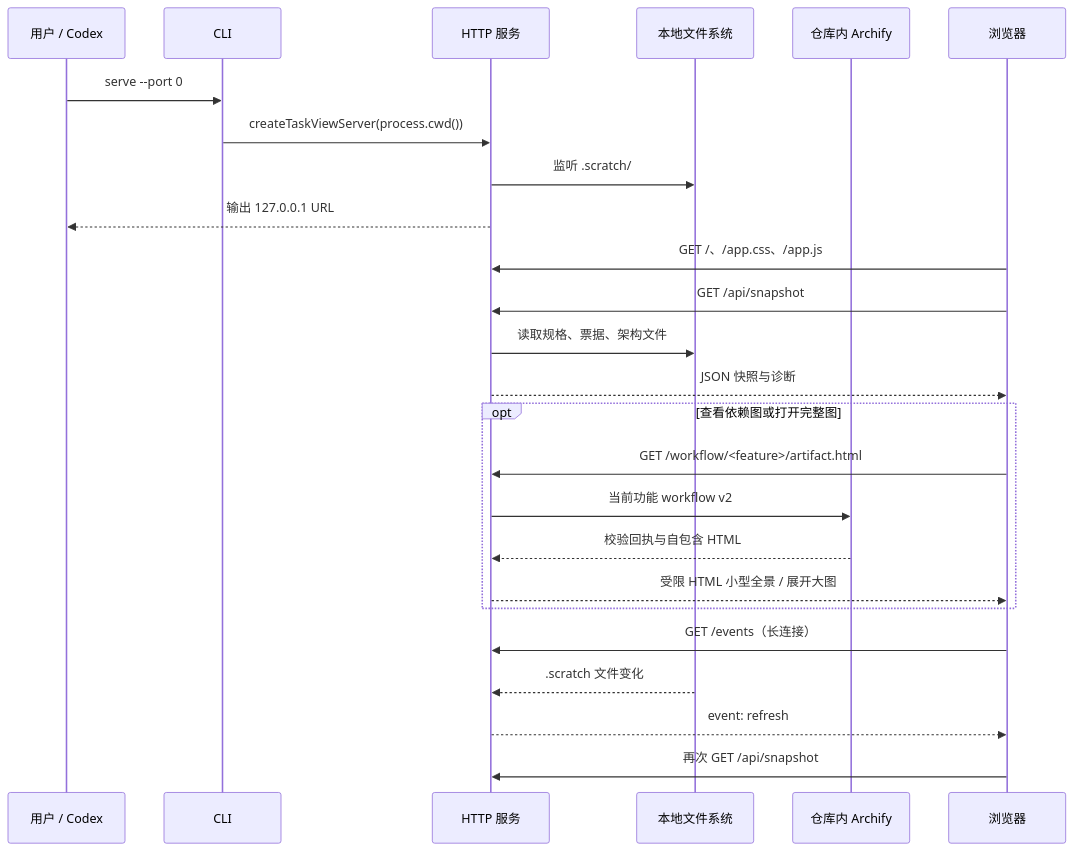
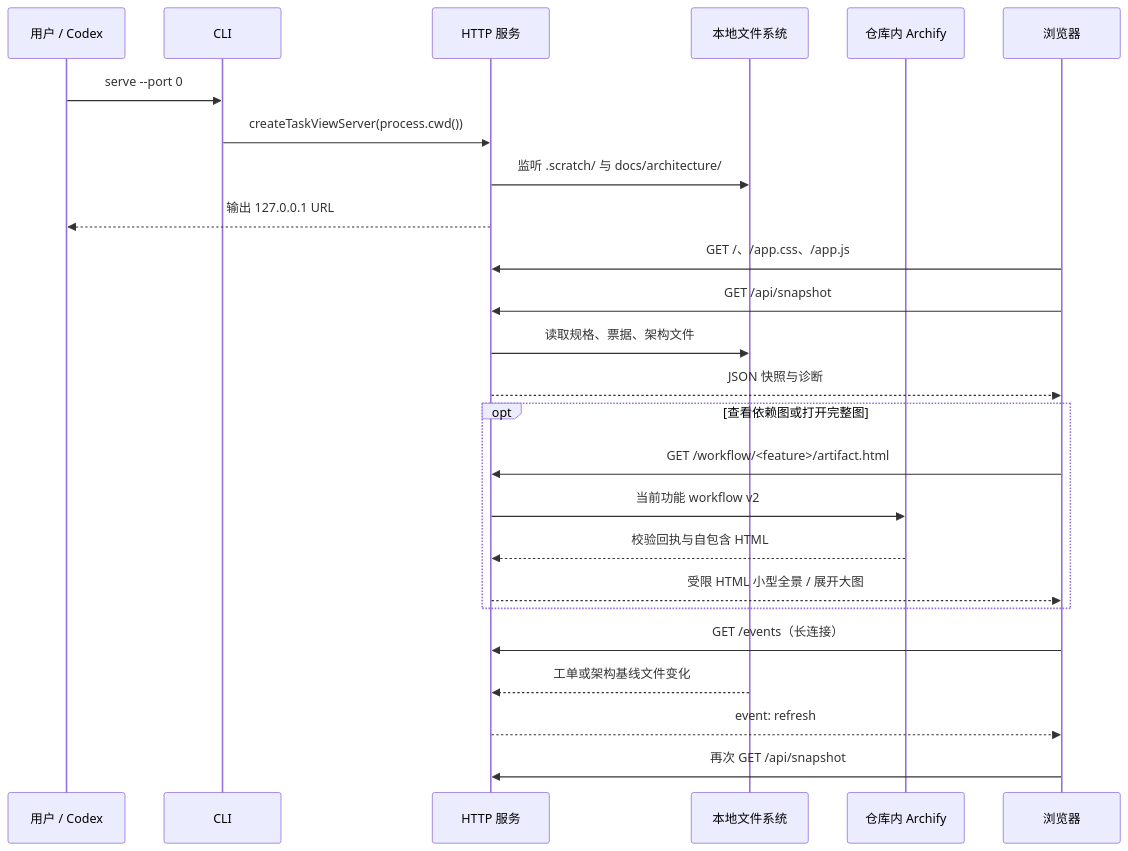
The diagram in docs/认证与请求流程.md (Zziy-Q/matt-task-view), drawn with Mermaid before and after one commit. The commit also changed other lines of this file and 17 other files, not shown here.

````diff
--- a/docs/认证与请求流程.md
+++ b/docs/认证与请求流程.md
@@ -20,27 +20,27 @@
 ```mermaid
 sequenceDiagram
     participant U as 用户 / Codex
     participant C as CLI
     participant S as HTTP 服务
     participant F as 本地文件系统
     participant A as 仓库内 Archify
     participant B as 浏览器
     U->>C: serve --port 0
     C->>S: createTaskViewServer(process.cwd())
-    S->>F: 监听 .scratch/
+    S->>F: 监听 .scratch/ 与 docs/architecture/
     S-->>U: 输出 127.0.0.1 URL
     B->>S: GET /、/app.css、/app.js
     B->>S: GET /api/snapshot
     S->>F: 读取规格、票据、架构文件
     S-->>B: JSON 快照与诊断
     opt 查看依赖图或打开完整图
         B->>S: GET /workflow/<feature>/artifact.html
         S->>A: 当前功能 workflow v2
         A-->>S: 校验回执与自包含 HTML
         S-->>B: 受限 HTML 小型全景 / 展开大图
     end
     B->>S: GET /events（长连接）
-    F-->>S: .scratch 文件变化
+    F-->>S: 工单或架构基线文件变化
     S-->>B: event: refresh
     B->>S: 再次 GET /api/snapshot
 ```
````
